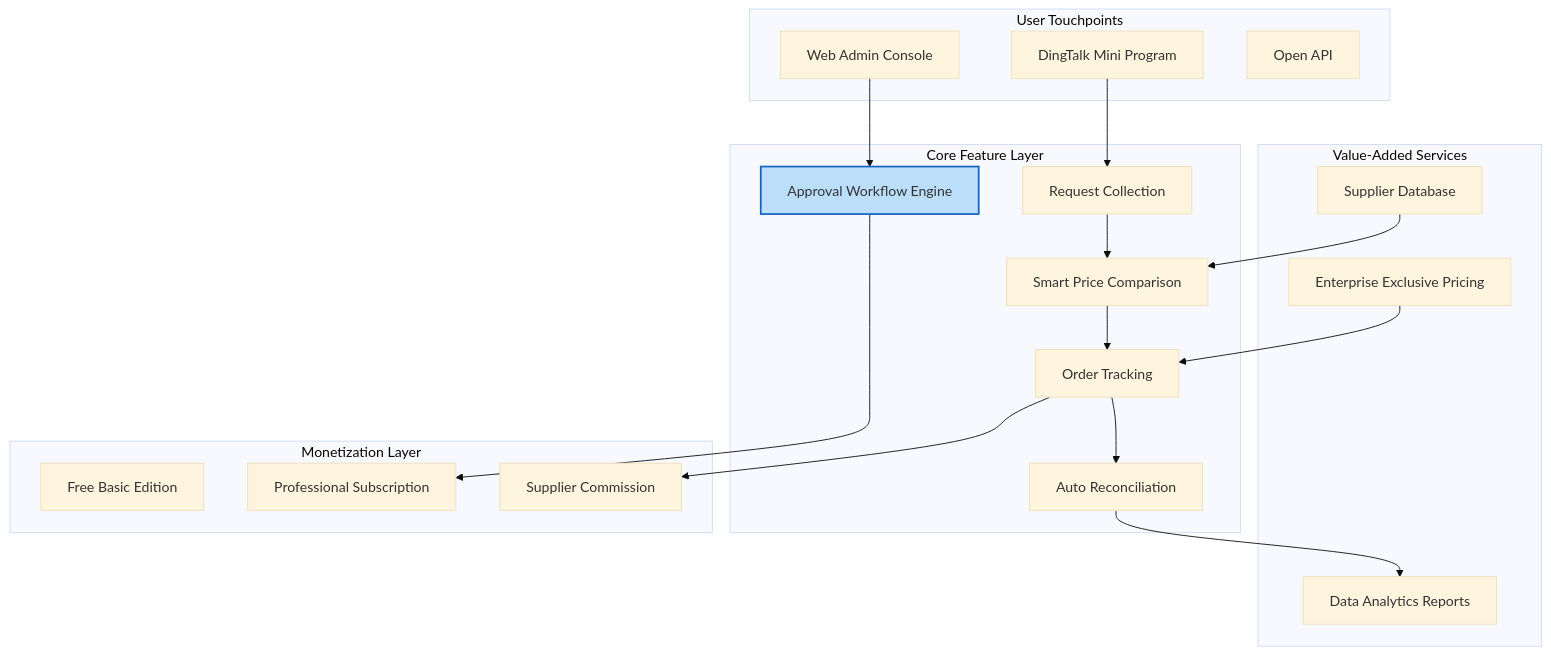
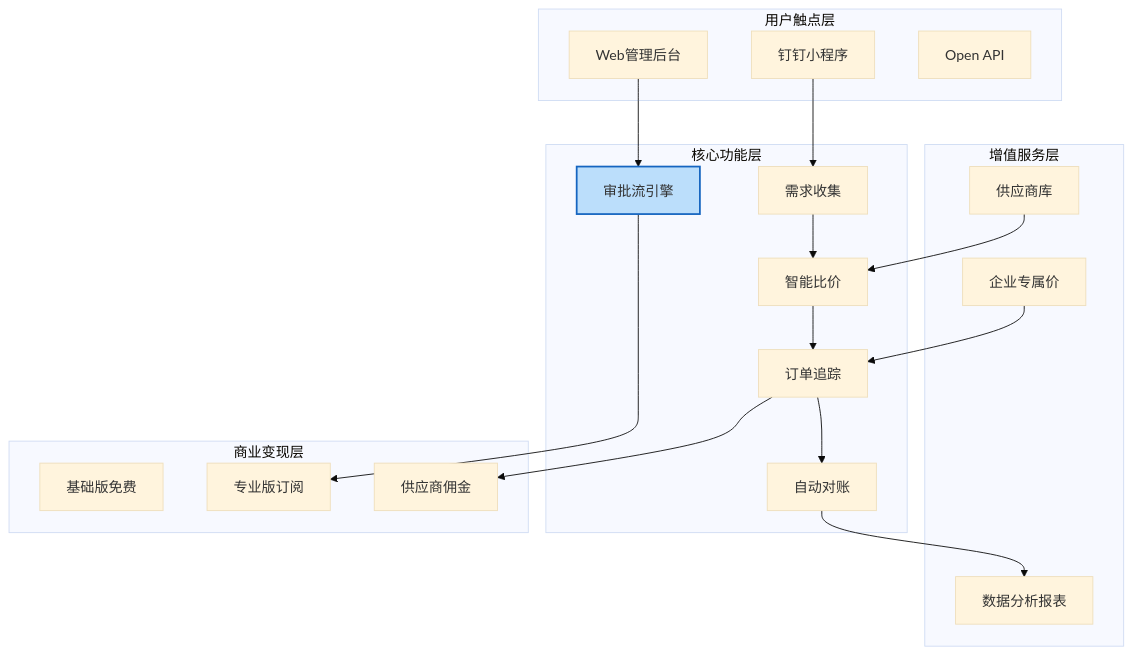
The ninth of 18 diagrams in templates/Product/Strategy/Template-MRD.md (Kirky-X/cangjie), drawn with Mermaid (base theme) before and after one commit. The commit also changed other lines of this file and 33 other files, not shown here.

````diff
--- a/templates/Product/Strategy/Template-MRD.md
+++ b/templates/Product/Strategy/Template-MRD.md
@@ -405,39 +405,39 @@
 ```mermaid
 graph TB
-    subgraph User Touchpoints
-        A1[DingTalk Mini Program]
-        A2[Web Admin Console]
+    subgraph 用户触点层
+        A1[钉钉小程序]
+        A2[Web管理后台]
         A3[Open API]
     end
 
-    subgraph Core Feature Layer
-        B1[Request Collection]
-        B2[Smart Price Comparison]
-        B3[Approval Workflow Engine]
-        B4[Order Tracking]
-        B5[Auto Reconciliation]
+    subgraph 核心功能层
+        B1[需求收集]
+        B2[智能比价]
+        B3[审批流引擎]
+        B4[订单追踪]
+        B5[自动对账]
     end
 
-    subgraph Value-Added Services
-        C1[Supplier Database]
-        C2[Enterprise Exclusive Pricing]
-        C3[Data Analytics Reports]
+    subgraph 增值服务层
+        C1[供应商库]
+        C2[企业专属价]
+        C3[数据分析报表]
     end
 
-    subgraph Monetization Layer
-        D1[Free Basic Edition]
-        D2[Professional Subscription]
-        D3[Supplier Commission]
+    subgraph 商业变现层
+        D1[基础版免费]
+        D2[专业版订阅]
+        D3[供应商佣金]
     end
 
     A1 --> B1
     A2 --> B3
     B1 --> B2 --> B4 --> B5
     B5 --> C3
     C1 --> B2
     C2 --> B4
     B3 --> D2
     B4 --> D3
 
     style B3 fill:#bbdefb,stroke:#1565c0,stroke-width:2px
 ```
````
